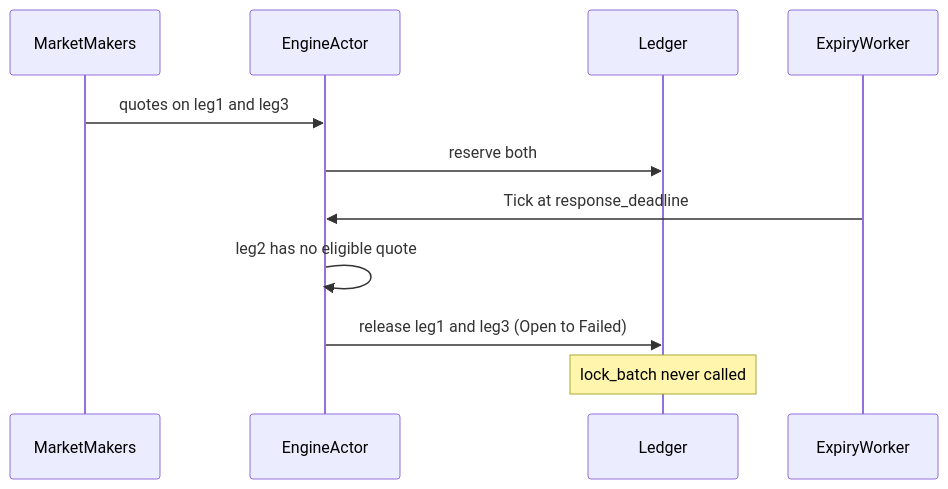
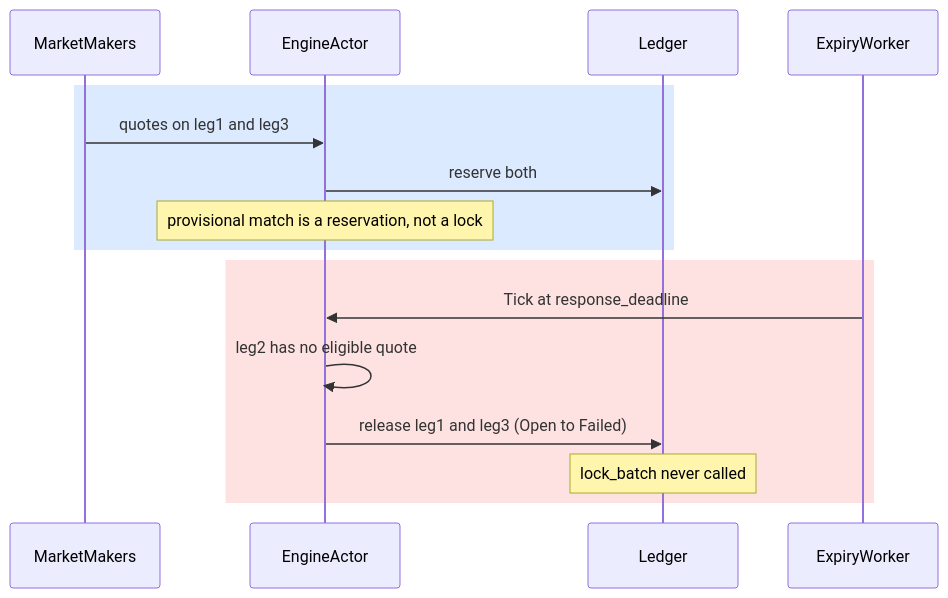
Before and after one commit to SwineCoder101/rfq-matching-settlement-engine: the third of 5 diagrams in docs/ARCHITECTURE.md, drawn with Mermaid. The commit also changed other lines of this file and 13 other files, not shown here.

````diff
--- a/docs/ARCHITECTURE.md
+++ b/docs/ARCHITECTURE.md
@@ -92,14 +93,19 @@
 ```mermaid
 sequenceDiagram
     participant MM as MarketMakers
     participant Eng as EngineActor
     participant Led as Ledger
     participant Tick as ExpiryWorker
 
-    MM->>Eng: quotes on leg1 and leg3
-    Eng->>Led: reserve both
-    Tick->>Eng: Tick at response_deadline
-    Eng->>Eng: leg2 has no eligible quote
-    Eng->>Led: release leg1 and leg3 (Open to Failed)
-    Note over Led: lock_batch never called
+    rect rgb(219, 234, 254)
+        MM->>Eng: quotes on leg1 and leg3
+        Eng->>Led: reserve both
+        Note over Eng: provisional match is a reservation, not a lock
+    end
+    rect rgb(254, 226, 226)
+        Tick->>Eng: Tick at response_deadline
+        Eng->>Eng: leg2 has no eligible quote
+        Eng->>Led: release leg1 and leg3 (Open to Failed)
+        Note over Led: lock_batch never called
+    end
 ```
````
